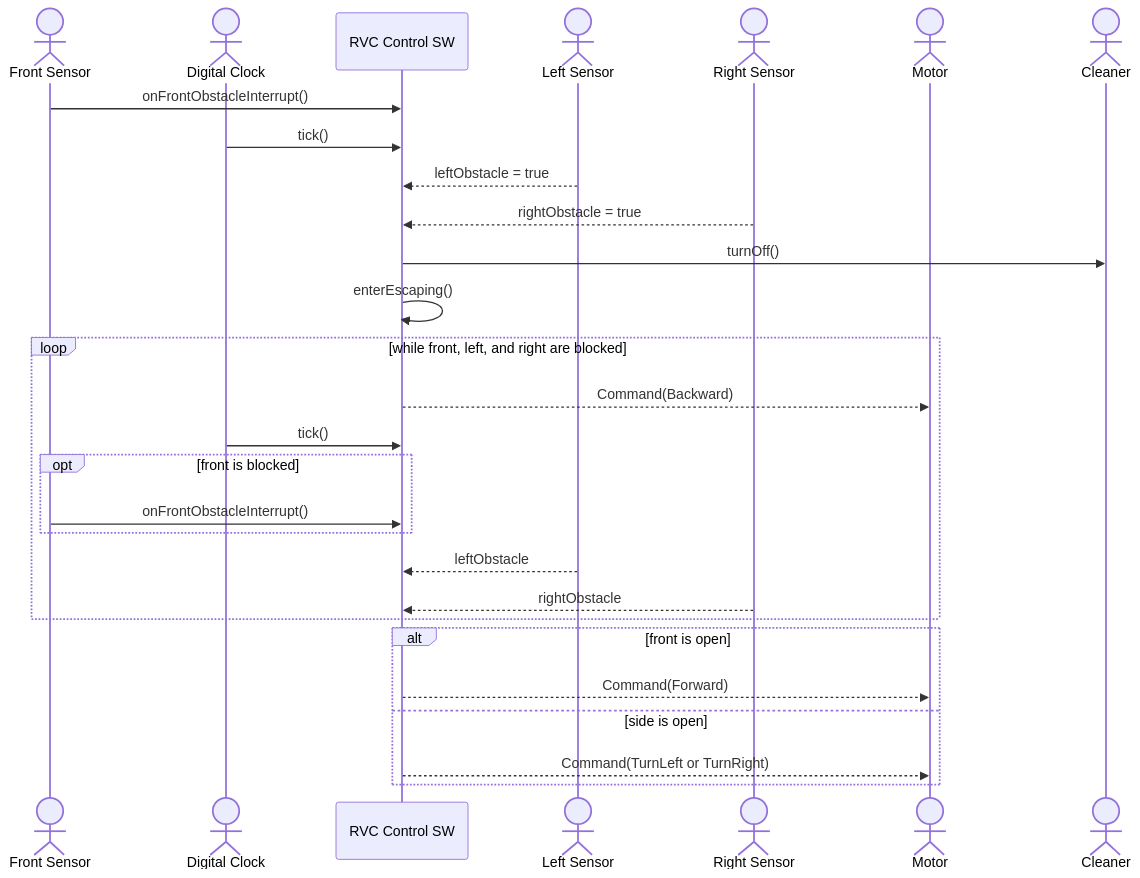
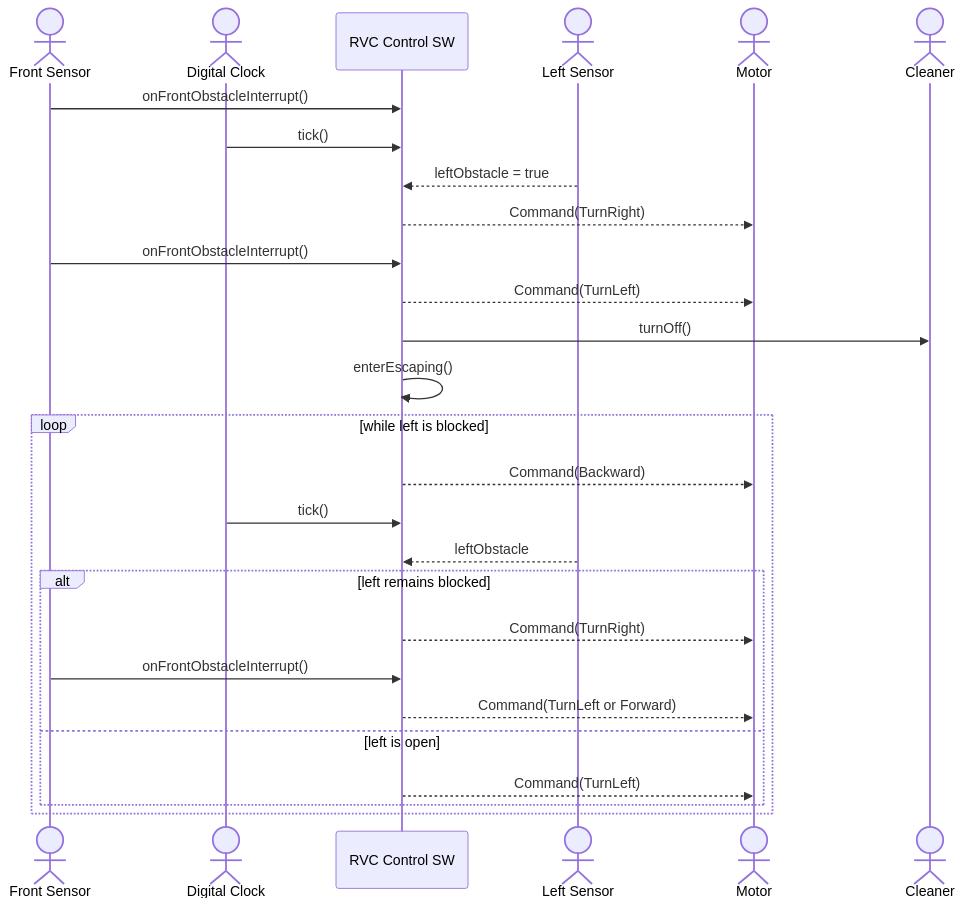
Before and after one commit to reload02/ooad-vibe: the sixth of 6 diagrams in docs/ooa_ssd.md, drawn with Mermaid. The commit also changed other lines of this file and 21 other files, not shown here.

````diff
--- a/docs/ooa_ssd.md
+++ b/docs/ooa_ssd.md
@@ -106,31 +103,30 @@
 ```mermaid
 sequenceDiagram
     actor FrontSensor as Front Sensor
     actor Clock as Digital Clock
     participant System as RVC Control SW
     actor LeftSensor as Left Sensor
-    actor RightSensor as Right Sensor
     actor Motor
     actor Cleaner
 
     FrontSensor->>System: onFrontObstacleInterrupt()
     Clock->>System: tick()
     LeftSensor-->>System: leftObstacle = true
-    RightSensor-->>System: rightObstacle = true
+    System-->>Motor: Command(TurnRight)
+    FrontSensor->>System: onFrontObstacleInterrupt()
+    System-->>Motor: Command(TurnLeft)
     System->>Cleaner: turnOff()
     System->>System: enterEscaping()
-    loop while front, left, and right are blocked
+    loop while left is blocked
         System-->>Motor: Command(Backward)
         Clock->>System: tick()
-        opt front is blocked
+        LeftSensor-->>System: leftObstacle
+        alt left remains blocked
+            System-->>Motor: Command(TurnRight)
             FrontSensor->>System: onFrontObstacleInterrupt()
+            System-->>Motor: Command(TurnLeft or Forward)
+        else left is open
+            System-->>Motor: Command(TurnLeft)
         end
-        LeftSensor-->>System: leftObstacle
-        RightSensor-->>System: rightObstacle
-    end
-    alt front is open
-        System-->>Motor: Command(Forward)
-    else side is open
-        System-->>Motor: Command(TurnLeft or TurnRight)
     end
 ```
````
